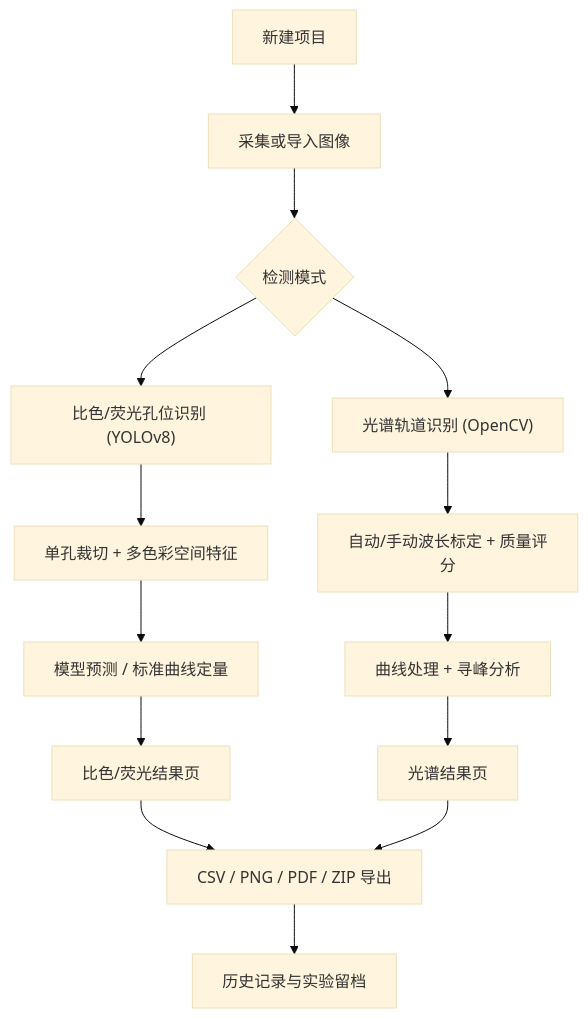
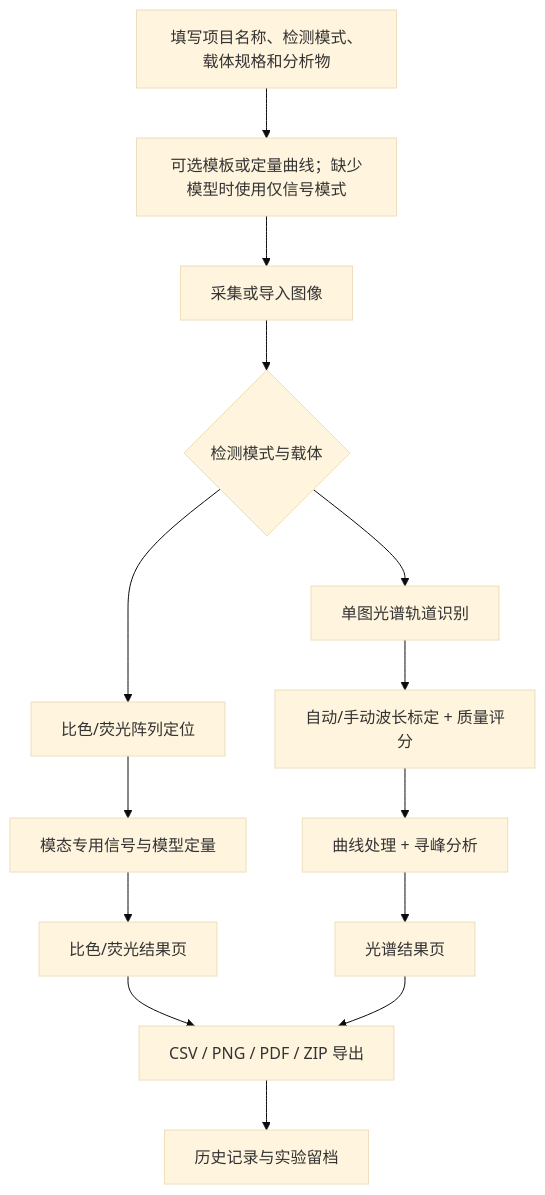
One commit to xiewangzhenyan/FluoColor changed the diagram in README.md. Above: the diagram before and after it, drawn with Mermaid (base theme). The commit also changed other lines of this file and 340 other files, not shown here.

````diff
--- a/README.md
+++ b/README.md
@@ -132,16 +150,16 @@
 ```mermaid
 flowchart TD
-    A["新建项目"] --> B["采集或导入图像"]
-    B --> C{"检测模式"}
-    C --> D["比色/荧光孔位识别 (YOLOv8)"]
-    C --> E["光谱轨道识别 (OpenCV)"]
-    D --> F["单孔裁切 + 多色彩空间特征"]
-    F --> G["模型预测 / 标准曲线定量"]
+    A["填写项目名称、检测模式、载体规格和分析物"] --> B["可选模板或定量曲线；缺少模型时使用仅信号模式"]
+    B --> C["采集或导入图像"]
+    C --> D{"检测模式与载体"}
+    D --> E["比色/荧光阵列定位"]
+    D --> F["单图光谱轨道识别"]
+    E --> G["模态专用信号与模型定量"]
     G --> H["比色/荧光结果页"]
-    E --> I["自动/手动波长标定 + 质量评分"]
+    F --> I["自动/手动波长标定 + 质量评分"]
     I --> J["曲线处理 + 寻峰分析"]
     J --> K["光谱结果页"]
     H --> L["CSV / PNG / PDF / ZIP 导出"]
     K --> L
     L --> M["历史记录与实验留档"]
 ```
````
